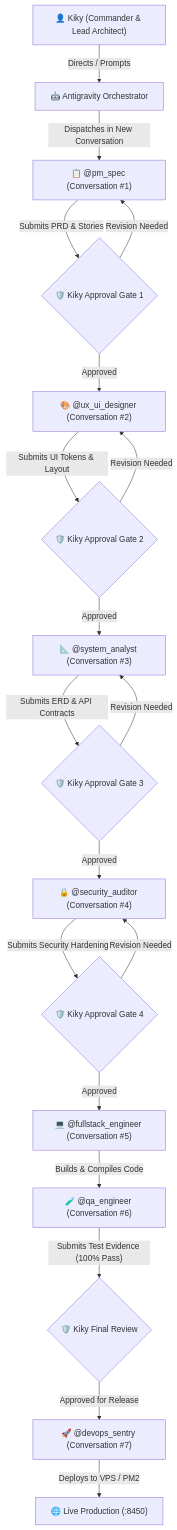
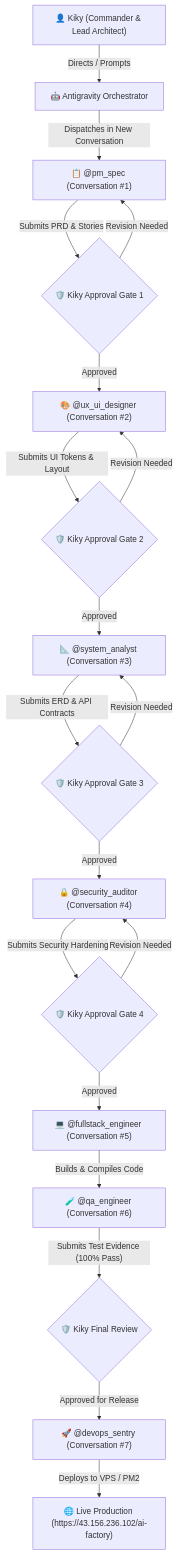
The diagram in AGENTS.md (rizkyaryendigumilang/my-ai-factory), drawn with Mermaid before and after one commit. The commit also changed 1 other file, not shown here.

Commit message:
docs: record official production url https://43.156.236.102/ai-factory in agents protocol and glossary

````diff
--- a/AGENTS.md
+++ b/AGENTS.md
@@ -38,27 +38,27 @@
 ```mermaid
 flowchart TD
     Kiky["👤 Kiky (Commander & Lead Architect)"] -->|"Directs / Prompts"| Orch["🤖 Antigravity Orchestrator"]
     Orch -->|"Dispatches in New Conversation"| PM["📋 @pm_spec (Conversation #1)"]
     PM -->|"Submits PRD & Stories"| Gate1{"🛡️ Kiky Approval Gate 1"}
     
     Gate1 -->|"Approved"| UX["🎨 @ux_ui_designer (Conversation #2)"]
     Gate1 -->|"Revision Needed"| PM
     
     UX -->|"Submits UI Tokens & Layout"| Gate2{"🛡️ Kiky Approval Gate 2"}
     Gate2 -->|"Approved"| SA["📐 @system_analyst (Conversation #3)"]
     Gate2 -->|"Revision Needed"| UX
     
     SA -->|"Submits ERD & API Contracts"| Gate3{"🛡️ Kiky Approval Gate 3"}
     Gate3 -->|"Approved"| Sec["🔒 @security_auditor (Conversation #4)"]
     Gate3 -->|"Revision Needed"| SA
     
     Sec -->|"Submits Security Hardening"| Gate4{"🛡️ Kiky Approval Gate 4"}
     Gate4 -->|"Approved"| Dev["💻 @fullstack_engineer (Conversation #5)"]
     Gate4 -->|"Revision Needed"| Sec
     
     Dev -->|"Builds & Compiles Code"| QA["🧪 @qa_engineer (Conversation #6)"]
     QA -->|"Submits Test Evidence (100% Pass)"| Gate5{"🛡️ Kiky Final Review"}
     
     Gate5 -->|"Approved for Release"| DevOps["🚀 @devops_sentry (Conversation #7)"]
-    DevOps -->|"Deploys to VPS / PM2"| Production["🌐 Live Production (:8450)"]
+    DevOps -->|"Deploys to VPS / PM2"| Production["🌐 Live Production (https://43.156.236.102/ai-factory)"]
 ```
````
